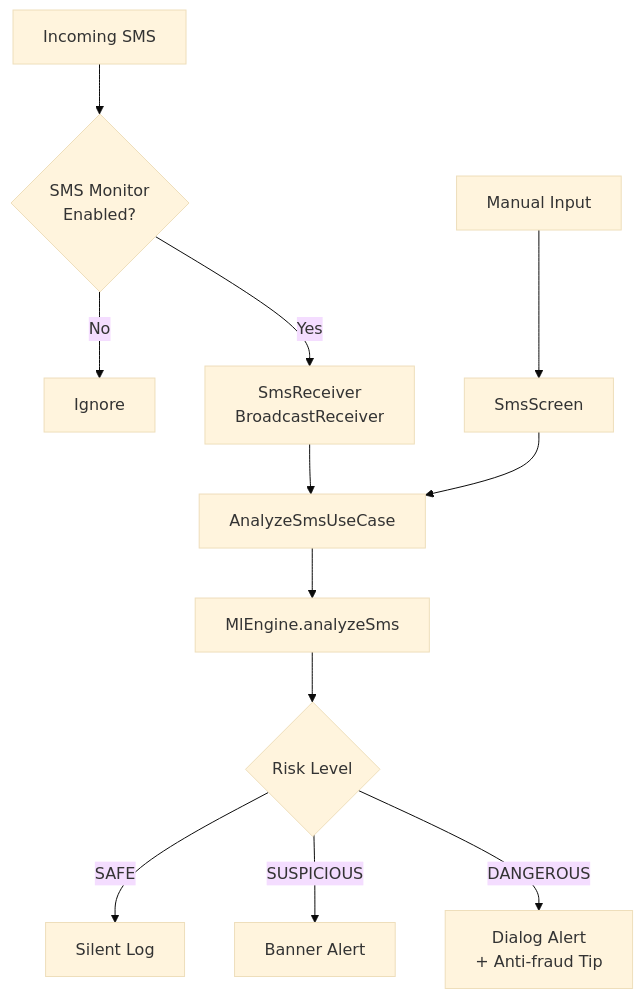
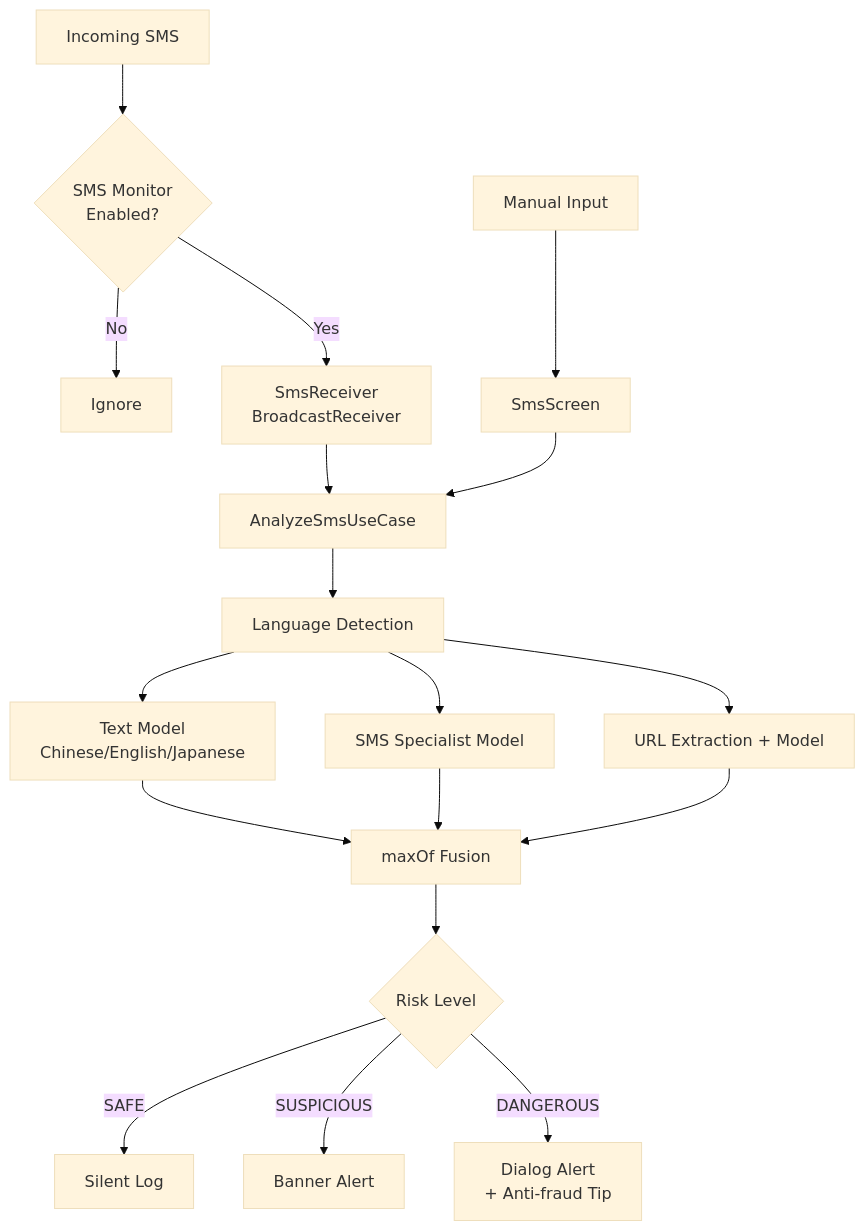
The third of 3 diagrams in README.md (Tianshang301/TianshangGuard), drawn with Mermaid (base theme) before and after one commit. The commit also changed other lines of this file and 1 other file, not shown here.

````diff
--- a/README.md
+++ b/README.md
@@ -87,15 +88,21 @@
 ```mermaid
 flowchart TD
     A[Incoming SMS] --> B{SMS Monitor<br/>Enabled?}
     B -->|No| C[Ignore]
     B -->|Yes| D[SmsReceiver<br/>BroadcastReceiver]
     D --> E[AnalyzeSmsUseCase]
-    E --> F[MlEngine.analyzeSms]
-    F --> G{Risk Level}
-    G -->|SAFE| H[Silent Log]
-    G -->|SUSPICIOUS| I[Banner Alert]
-    G -->|DANGEROUS| J[Dialog Alert<br/>+ Anti-fraud Tip]
+    E --> F[Language Detection]
+    F --> G[Text Model<br/>Chinese/English/Japanese]
+    F --> H[SMS Specialist Model]
+    F --> I[URL Extraction + Model]
+    G --> J[maxOf Fusion]
+    H --> J
+    I --> J
+    J --> K{Risk Level}
+    K -->|SAFE| L[Silent Log]
+    K -->|SUSPICIOUS| M[Banner Alert]
+    K -->|DANGEROUS| N[Dialog Alert<br/>+ Anti-fraud Tip]
 
-    K[Manual Input] --> L[SmsScreen]
-    L --> E
+    O[Manual Input] --> P[SmsScreen]
+    P --> E
 ```
````
